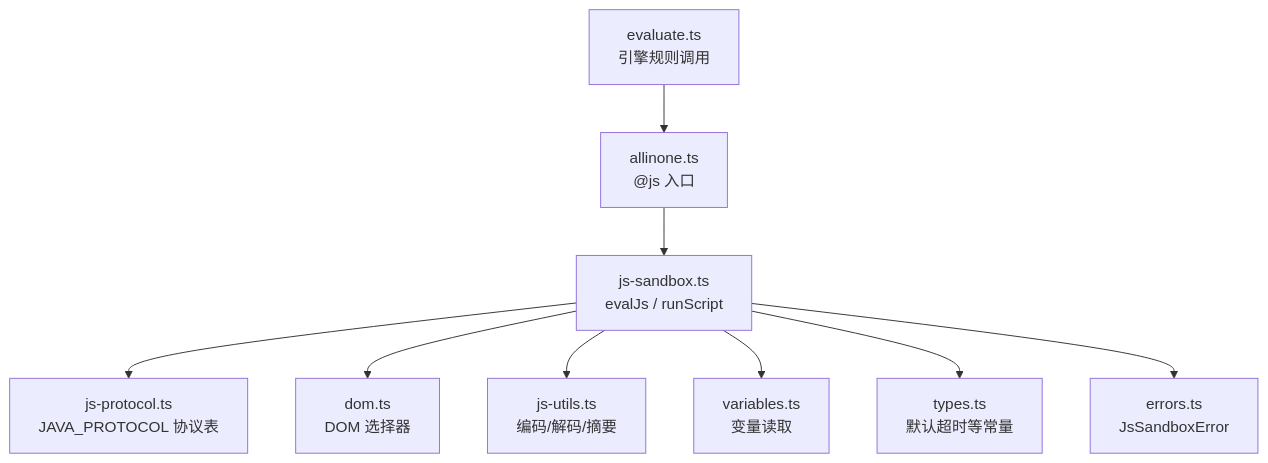
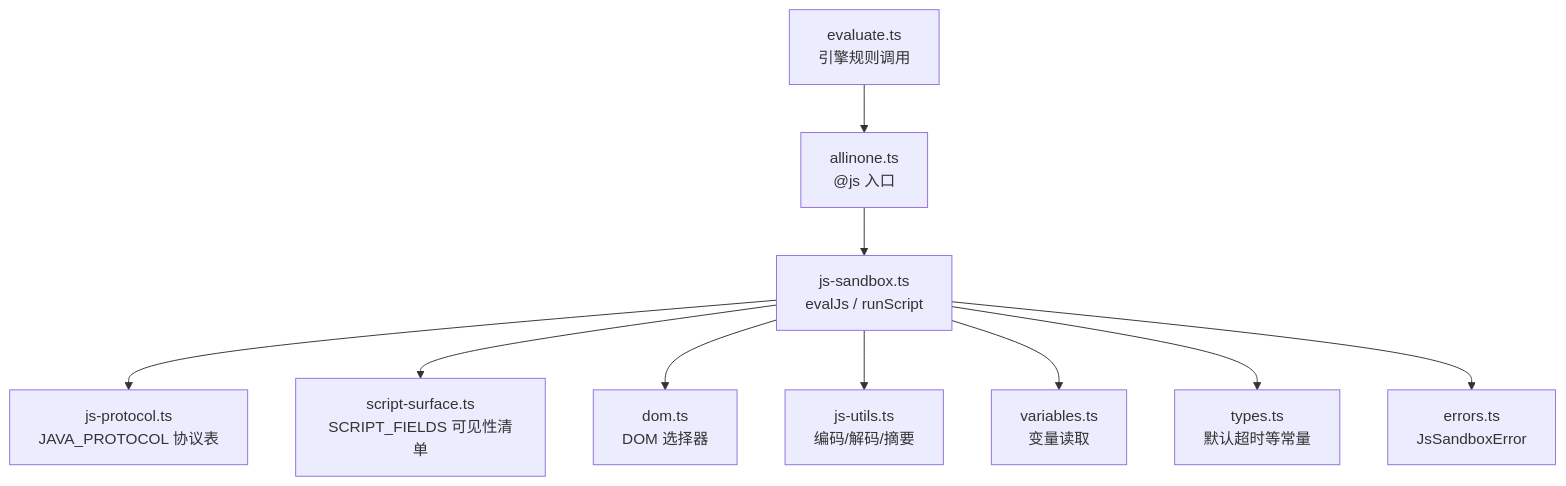
Before and after one commit to xrn1997/dsh-novel: the first of 4 diagrams in .qoder/repowiki/zh/content/规则引擎与书源语法/JS 沙箱与宿主桥接.md, drawn with Mermaid. The commit also changed other lines of this file and 30 other files, not shown here.

````diff
--- a/.qoder/repowiki/zh/content/规则引擎与书源语法/JS 沙箱与宿主桥接.md
+++ b/.qoder/repowiki/zh/content/规则引擎与书源语法/JS 沙箱与宿主桥接.md
@@ -53,11 +56,12 @@
 ```mermaid
 graph TB
     A["evaluate.ts<br/>引擎规则调用"] --> B["allinone.ts<br/>@js 入口"]
     B --> C["js-sandbox.ts<br/>evalJs / runScript"]
     C --> D["js-protocol.ts<br/>JAVA_PROTOCOL 协议表"]
-    C --> E["dom.ts<br/>DOM 选择器"]
-    C --> F["js-utils.ts<br/>编码/解码/摘要"]
-    C --> G["variables.ts<br/>变量读取"]
-    C --> H["types.ts<br/>默认超时等常量"]
-    C --> I["errors.ts<br/>JsSandboxError"]
+    C --> E["script-surface.ts<br/>SCRIPT_FIELDS 可见性清单"]
+    C --> F["dom.ts<br/>DOM 选择器"]
+    C --> G["js-utils.ts<br/>编码/解码/摘要"]
+    C --> H["variables.ts<br/>变量读取"]
+    C --> I["types.ts<br/>默认超时等常量"]
+    C --> J["errors.ts<br/>JsSandboxError"]
 ```
````
